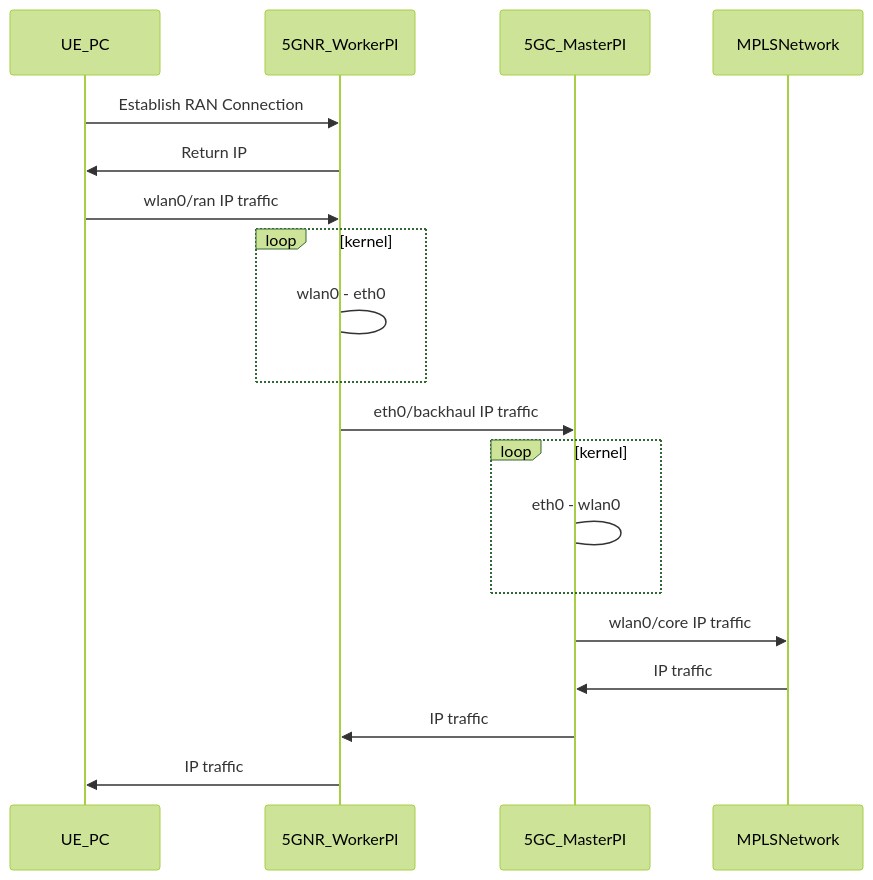
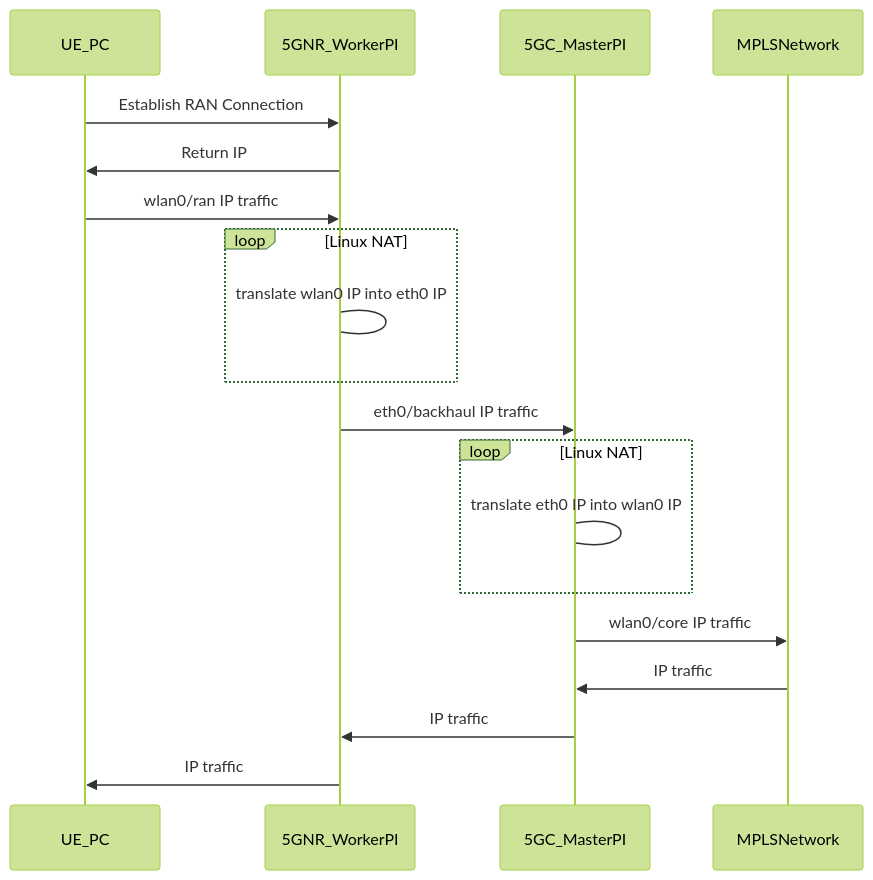
One commit to turing-machines/docs changed the diagram in content/lte_to_5g/rpi_wifi_ap/_index.en.md. Above: the diagram before and after it, drawn with Mermaid (forest theme). The commit also changed other lines of this file and 23 other files, not shown here.

```diff
--- a/content/lte_to_5g/rpi_wifi_ap/_index.en.md
+++ b/content/lte_to_5g/rpi_wifi_ap/_index.en.md
@@ -12,21 +12,21 @@
 {{<mermaid>}}
 sequenceDiagram
     participant UE_PC
     participant 5GNR_WorkerPI
     participant 5GC_MasterPI
     participant MPLSNetwork
     UE_PC->>5GNR_WorkerPI: Establish RAN Connection
     5GNR_WorkerPI->>UE_PC: Return IP
     UE_PC->>5GNR_WorkerPI: wlan0/ran IP traffic
-    loop kernel
-        5GNR_WorkerPI->5GNR_WorkerPI: wlan0 - eth0 
+    loop Linux NAT
+        5GNR_WorkerPI->5GNR_WorkerPI: translate wlan0 IP into eth0 IP
     end
     5GNR_WorkerPI->>5GC_MasterPI: eth0/backhaul IP traffic
-    loop kernel
-        5GC_MasterPI->5GC_MasterPI: eth0 - wlan0 
+    loop Linux NAT
+        5GC_MasterPI->5GC_MasterPI: translate eth0 IP into wlan0 IP
     end
     5GC_MasterPI->>MPLSNetwork: wlan0/core IP traffic
     MPLSNetwork->>5GC_MasterPI: IP traffic
     5GC_MasterPI->>5GNR_WorkerPI: IP traffic
     5GNR_WorkerPI->>UE_PC: IP traffic
 {{< /mermaid >}}
```
